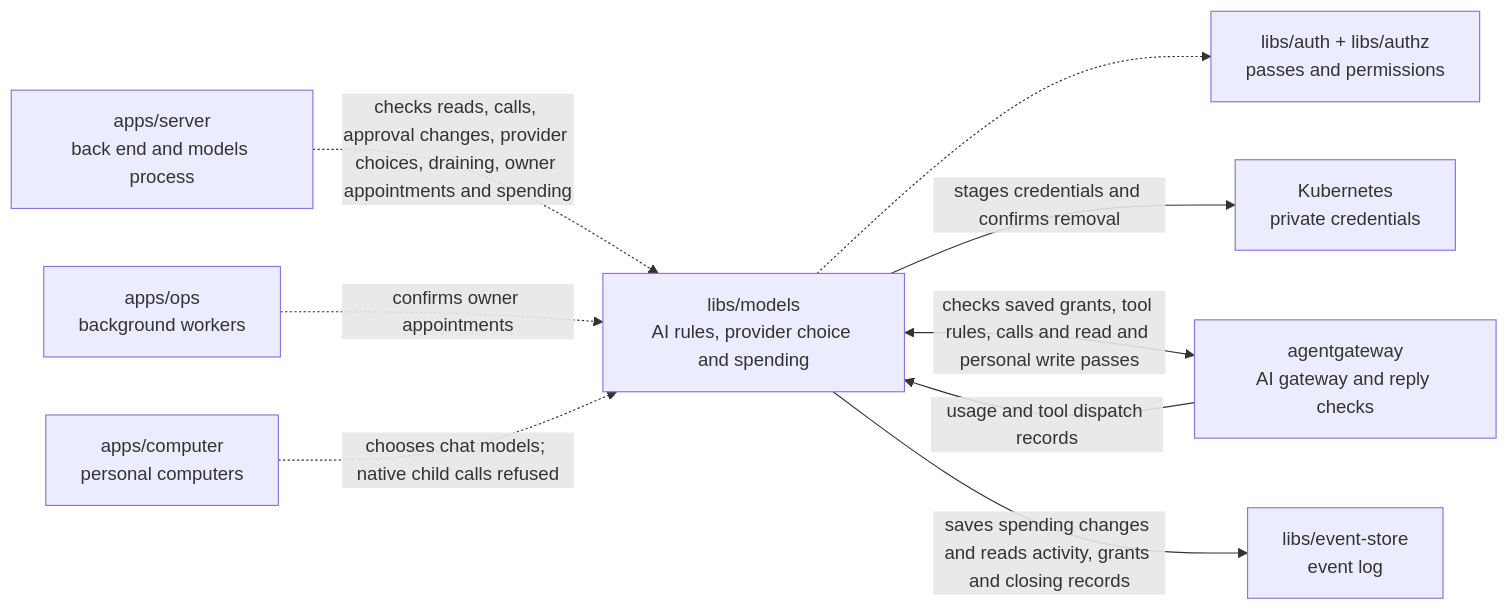
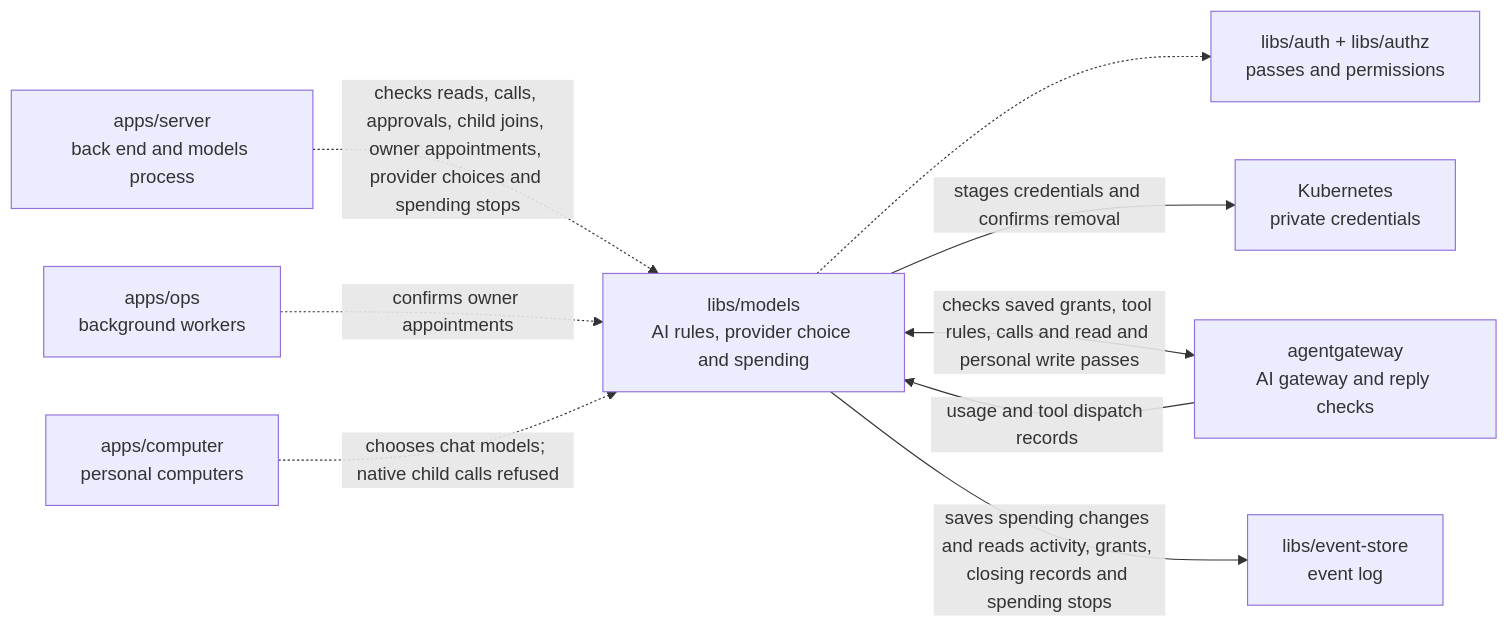
One commit to elewa-git/opencrane-new changed the diagram in libs/models/README.md. Above: the diagram before and after it, drawn with Mermaid. The commit also changed other lines of this file and 15 other files, not shown here.

````diff
--- a/libs/models/README.md
+++ b/libs/models/README.md
@@ -14,11 +14,11 @@
 ```mermaid
 flowchart LR
-  server["apps/server<br/>back end and models process"] -.->|checks reads, calls, approval changes, provider choices, draining, owner appointments and spending| models["libs/models<br/>AI rules, provider choice and spending"]
+  server["apps/server<br/>back end and models process"] -.->|checks reads, calls, approvals, child joins, owner appointments, provider choices and spending stops| models["libs/models<br/>AI rules, provider choice and spending"]
   ops["apps/ops<br/>background workers"] -.->|confirms owner appointments| models
   computer["apps/computer<br/>personal computers"] -.->|chooses chat models; native child calls refused| models
   models -.-> auth["libs/auth + libs/authz<br/>passes and permissions"]
   models -->|stages credentials and confirms removal| custody["Kubernetes<br/>private credentials"]
   models <-->|checks saved grants, tool rules, calls and read and personal write passes| gateway["agentgateway<br/>AI gateway and reply checks"]
   gateway -->|usage and tool dispatch records| models
-  models -->|saves spending changes and reads activity, grants and closing records| store["libs/event-store<br/>event log"]
+  models -->|saves spending changes and reads activity, grants, closing records and spending stops| store["libs/event-store<br/>event log"]
 ```
````
